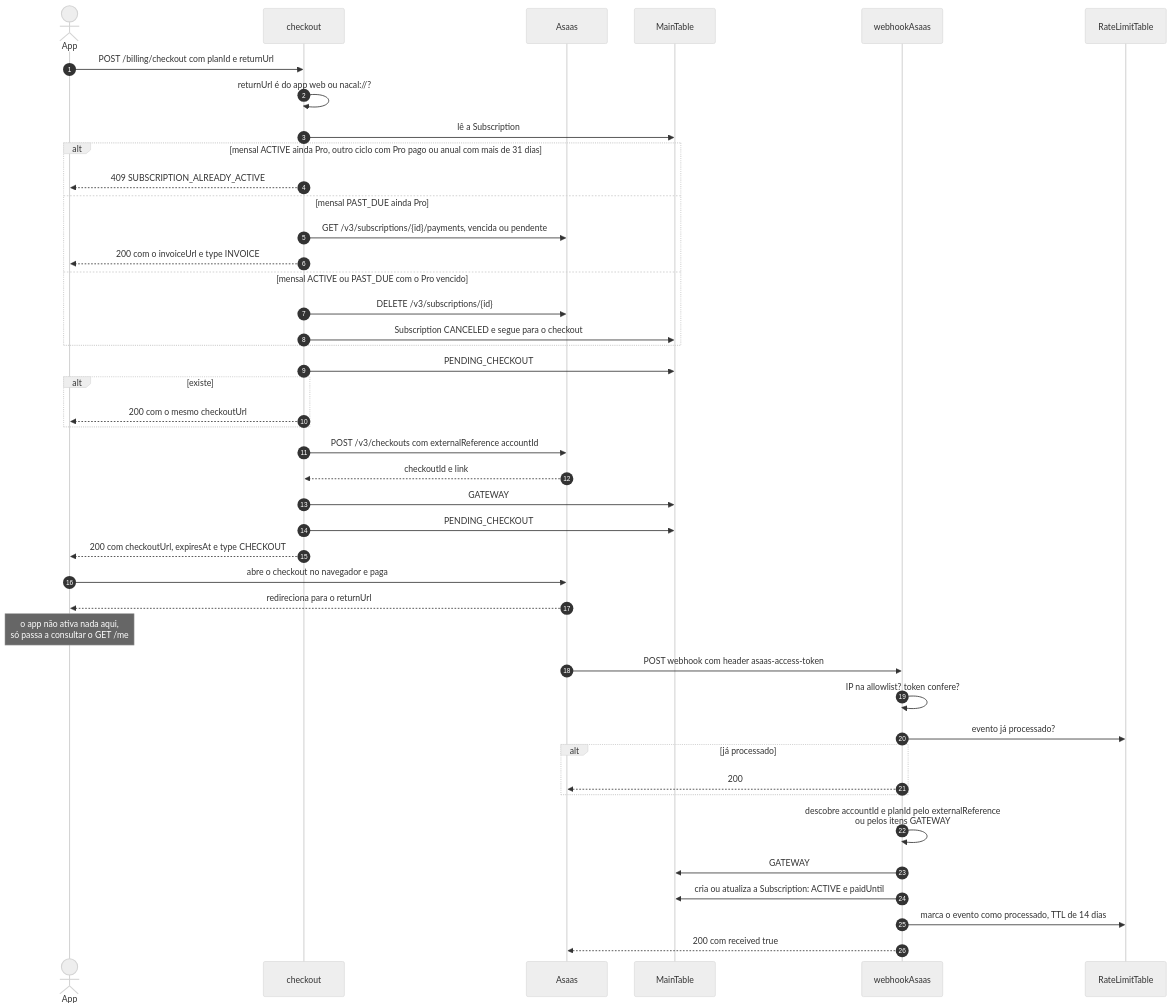
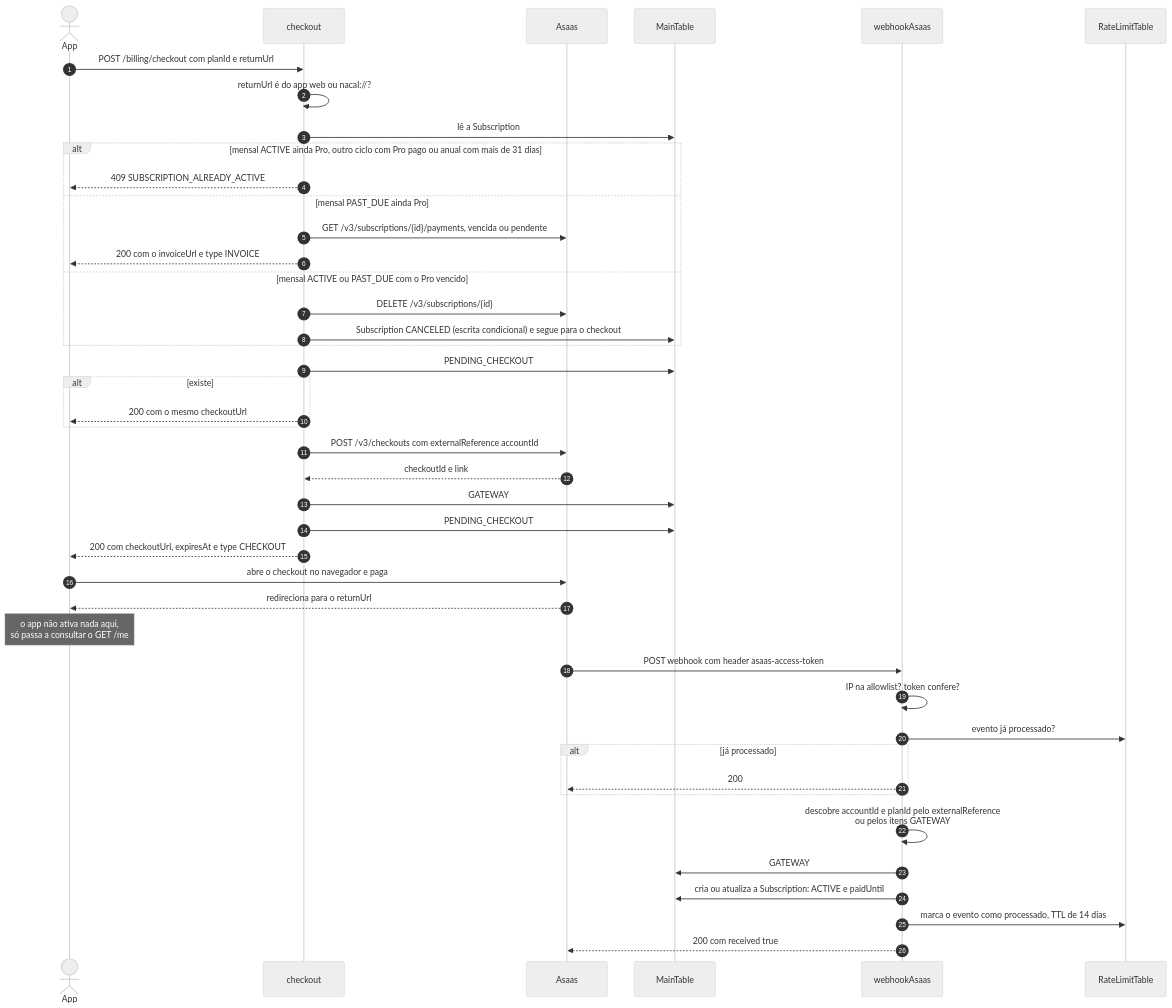
One commit to nivaldoandrade/nacal-api changed the second of 3 diagrams in docs/guide/fluxos/billing.md. Above: the diagram before and after it, drawn with Mermaid (neutral theme). The commit also changed other lines of this file and 16 other files, not shown here.

Commit message:
fix(api): revoke pro on refund or chargeback and guard subscription writes

````diff
--- a/docs/guide/fluxos/billing.md
+++ b/docs/guide/fluxos/billing.md
@@ -64,47 +69,47 @@
 ```mermaid
 sequenceDiagram
     autonumber
     actor U as App
     participant API as checkout
     participant As as Asaas
     participant DB as MainTable
     participant W as webhookAsaas
     participant RL as RateLimitTable
 
     U->>API: POST /billing/checkout com planId e returnUrl
     API->>API: returnUrl é do app web ou nacal://?
     API->>DB: lê a Subscription
     alt mensal ACTIVE ainda Pro, outro ciclo com Pro pago ou anual com mais de 31 dias
         API-->>U: 409 SUBSCRIPTION_ALREADY_ACTIVE
     else mensal PAST_DUE ainda Pro
         API->>As: GET /v3/subscriptions/{id}/payments, vencida ou pendente
         API-->>U: 200 com o invoiceUrl e type INVOICE
     else mensal ACTIVE ou PAST_DUE com o Pro vencido
         API->>As: DELETE /v3/subscriptions/{id}
-        API->>DB: Subscription CANCELED e segue para o checkout
+        API->>DB: Subscription CANCELED (escrita condicional) e segue para o checkout
     end
     API->>DB: PENDING_CHECKOUT#accountId existe, do mesmo plano e returnUrl, com mais de 10 min?
     alt existe
         API-->>U: 200 com o mesmo checkoutUrl
     end
     API->>As: POST /v3/checkouts com externalReference accountId#planId, expira em 60 min
     As-->>API: checkoutId e link
     API->>DB: GATEWAY#checkoutId aponta para accountId e planId
     API->>DB: PENDING_CHECKOUT#accountId com o link, TTL de 60 min
     API-->>U: 200 com checkoutUrl, expiresAt e type CHECKOUT
     U->>As: abre o checkout no navegador e paga
     As-->>U: redireciona para o returnUrl
     Note over U: o app não ativa nada aqui,<br/>só passa a consultar o GET /me
 
     As->>W: POST webhook com header asaas-access-token
     W->>W: IP na allowlist? token confere?
     W->>RL: evento já processado?
     alt já processado
         W-->>As: 200
     end
     W->>W: descobre accountId e planId pelo externalReference<br/>ou pelos itens GATEWAY#
     W->>DB: GATEWAY#subscriptionId aponta para a conta
     W->>DB: cria ou atualiza a Subscription: ACTIVE e paidUntil
     W->>RL: marca o evento como processado, TTL de 14 dias
     W-->>As: 200 com received true
 ```
````
